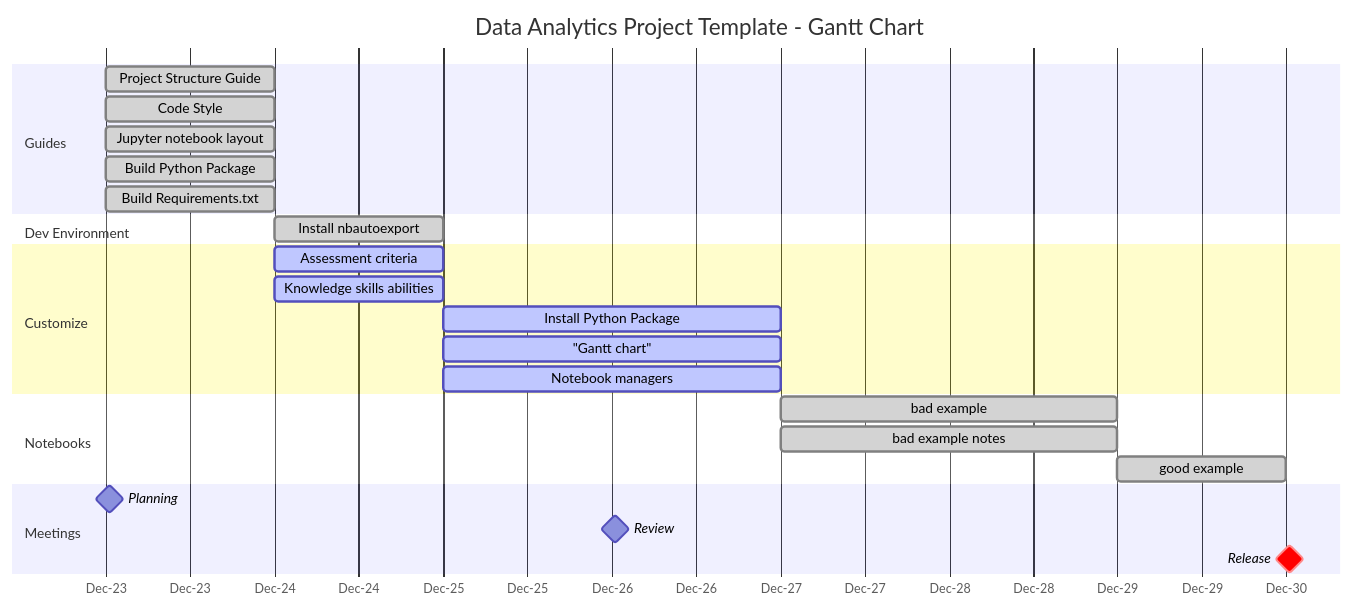
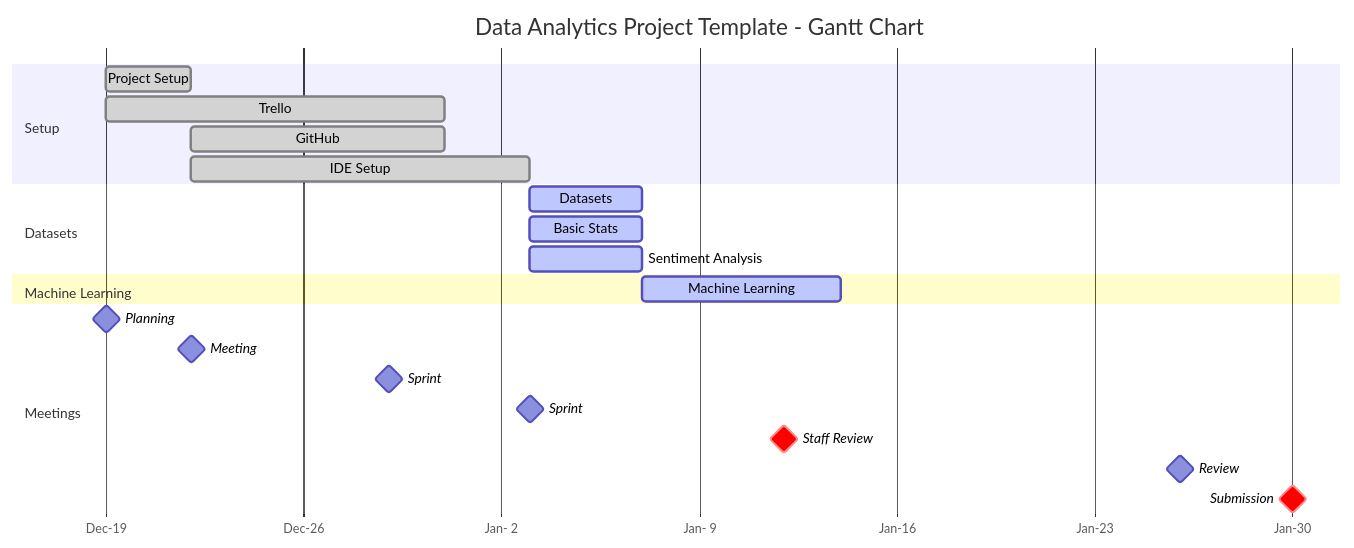
Before and after one commit to TahirAwwad/agriculture-data-analytics: the diagram in docs/gantt-chart.md, drawn with Mermaid. The commit also changed other lines of this file and 8 other files, not shown here.

First line of the commit message:
Assessment Criteria, Gantt, Notebooks mangers

````diff
--- a/docs/gantt-chart.md
+++ b/docs/gantt-chart.md
@@ -17,28 +16,25 @@
 ```mermaid
 gantt
  title Data Analytics Project Template - Gantt Chart
  dateFormat  YYYY-MM-DD
  axisFormat  %b-%e
- section Guides
-  Project Structure Guide    :done,    doc01,  2021-12-23,   1d
-  Code Style                 :done,            2021-12-23,   1d
-  Jupyter notebook layout    :done,            2021-12-23,   1d
-  Build Python Package       :done,            2021-12-23,   1d
-  Build Requirements.txt     :done,            2021-12-23,   1d
- section Dev Environment
-  Install nbautoexport       :done,    doc06,  after doc01,  1d
- section Customize
-  Assessment criteria        :active,  doc07,  after doc01,  1d
-  Knowledge skills abilities :active,          after doc01,  1d
-  Install Python Package     :active,          after doc07,  2d
-  "Gantt chart"              :active,          after doc07,  2d
-  Notebook managers          :active,  doc11,  after doc07,  2d
- section Notebooks
-  bad example                :done,            after doc11,  2d
-  bad example notes          :done,    doc13,  after doc11,  2d
-  good example               :done,            after doc13,  1d
+section Setup
+  Project Setup       :done,    setup,     2021-12-19,    2021-12-22
+  Trello              :done,               2021-12-19,    2021-12-31 
+  GitHub              :done,               2021-12-22,    2021-12-31
+  IDE Setup           :done,               2021-12-22,    2022-01-03
+ section Datasets
+  Datasets            :active,  datasets,  2022-01-03,    2022-01-07
+  Basic Stats         :active,             2022-01-03,    2022-01-07
+  Sentiment Analysis  :active,             2022-01-03,    2022-01-07
+ section Machine Learning
+  Machine Learning    :active,  ml,        after datasets,    7d
  section Meetings
-  Planning                   :milestone,       2021-12-23,   1h
-  Review                     :milestone,       2021-12-26,   1h
-  Release                    :crit,milestone,  2021-12-30,   1h
+  Planning            :milestone,       2021-12-19,   1h
+  Meeting             :milestone,       2021-12-22,   1h
+  Sprint              :milestone,       2021-12-29,   1h
+  Sprint              :milestone,       2022-01-03,   1h
+  Staff Review        :crit,milestone,  2022-01-12,   1h
+  Review              :milestone,       2022-01-26,   1h
+  Submission          :crit,milestone,  2022-01-30,   1h
 ```
````
